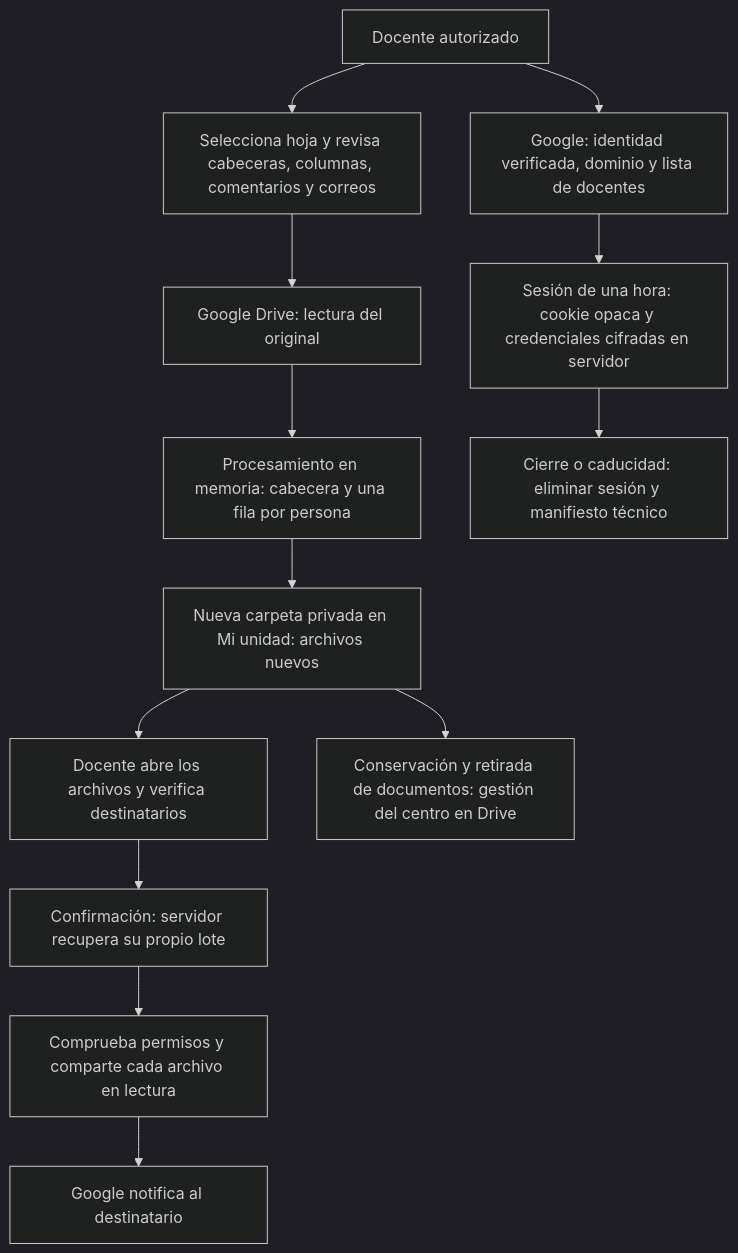
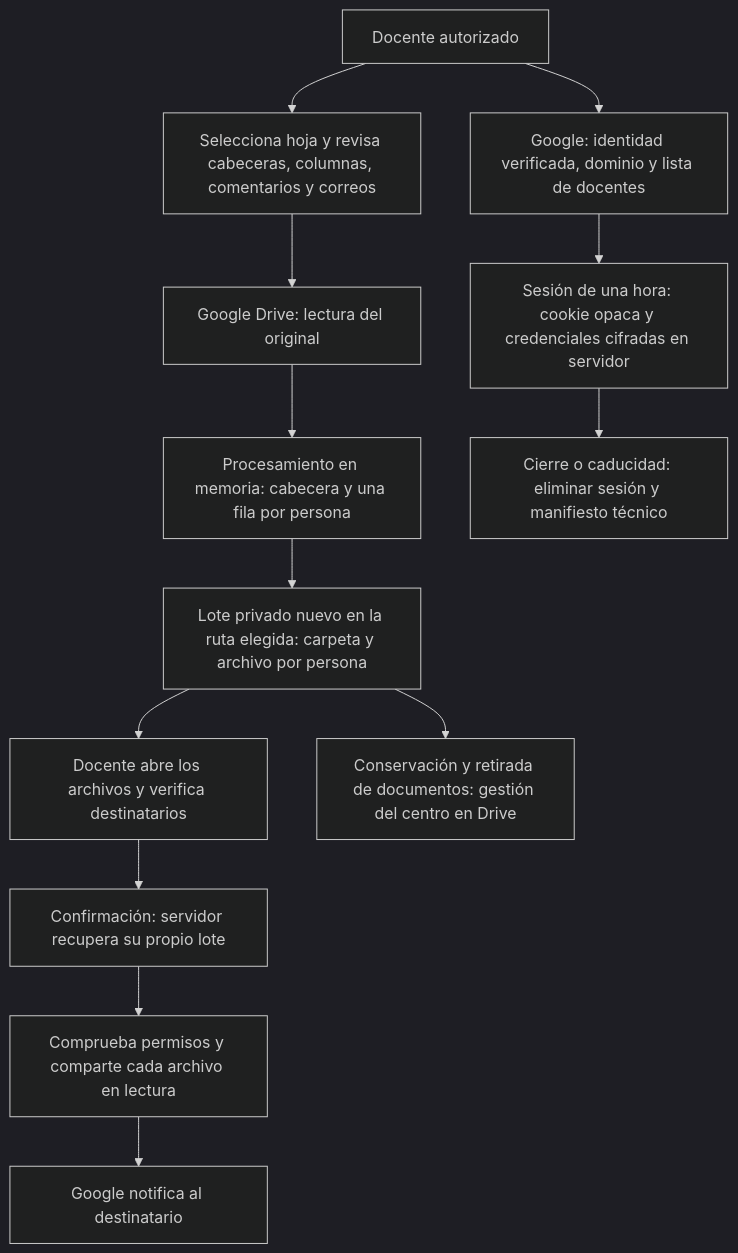
Before and after one commit to anderfrago/trasladar-notas: the diagram in docs/PRIVACIDAD_Y_ACTUALIZACION.md, drawn with Mermaid (dark theme). The commit also changed other lines of this file and 6 other files, not shown here.

````diff
--- a/docs/PRIVACIDAD_Y_ACTUALIZACION.md
+++ b/docs/PRIVACIDAD_Y_ACTUALIZACION.md
@@ -7,15 +7,15 @@
 ```mermaid
 flowchart TD
     D[Docente autorizado] --> O[Google: identidad verificada, dominio y lista de docentes]
     O --> S[Sesión de una hora: cookie opaca y credenciales cifradas en servidor]
     D --> R[Selecciona hoja y revisa cabeceras, columnas, comentarios y correos]
     R --> G[Google Drive: lectura del original]
     G --> M[Procesamiento en memoria: cabecera y una fila por persona]
-    M --> P[Nueva carpeta privada en Mi unidad: archivos nuevos]
+    M --> P[Lote privado nuevo en la ruta elegida: carpeta y archivo por persona]
     P --> V[Docente abre los archivos y verifica destinatarios]
     V --> C[Confirmación: servidor recupera su propio lote]
     C --> A[Comprueba permisos y comparte cada archivo en lectura]
     A --> N[Google notifica al destinatario]
     S --> X[Cierre o caducidad: eliminar sesión y manifiesto técnico]
     P --> K[Conservación y retirada de documentos: gestión del centro en Drive]
 ```
````
